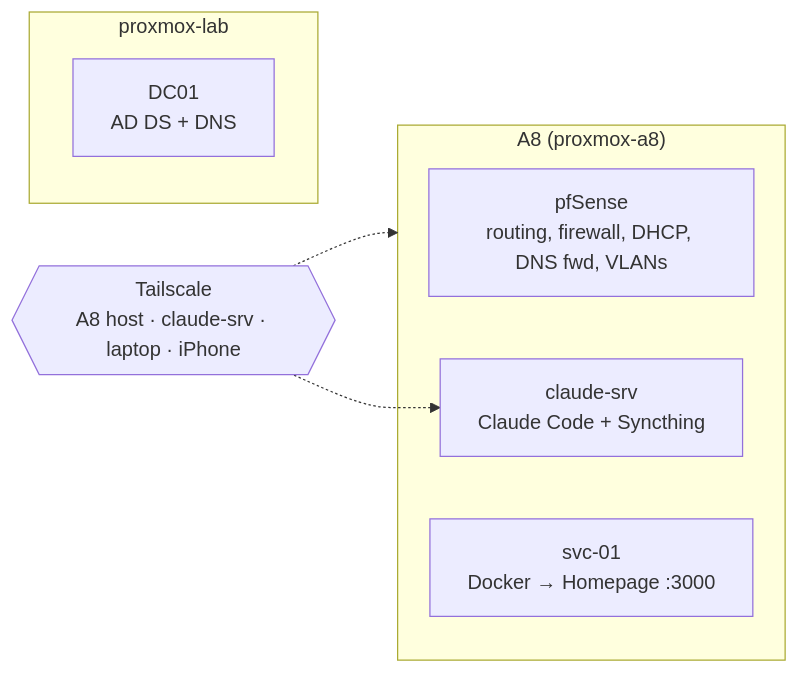
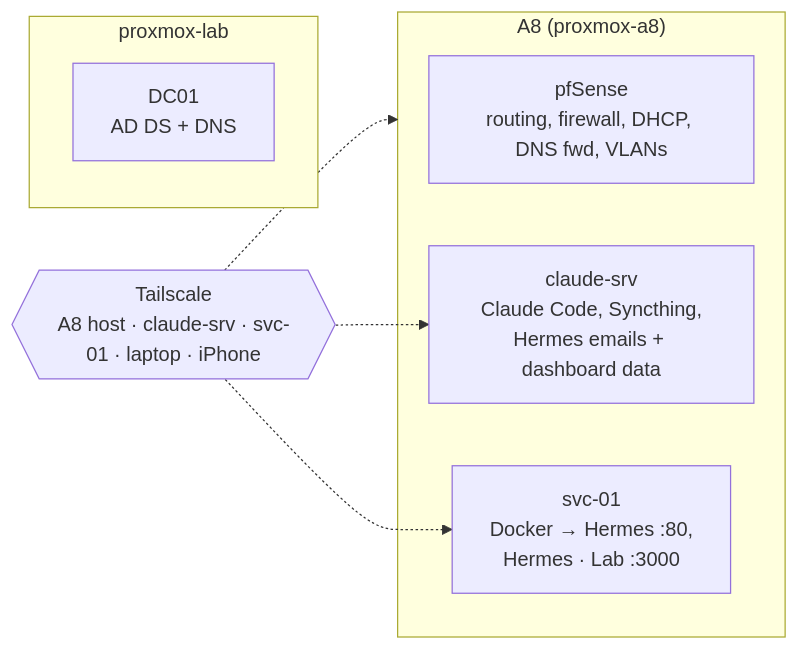
Before and after one commit to ClydeWasEjected/ClydeHomeLab: the fifth of 5 diagrams in HomeLab/1 - Infrastructure/Homelab - Inventory.md, drawn with Mermaid. The commit also changed other lines of this file and 11 other files, not shown here.

First line of the commit message:
Hermes dashboards, Remote Control service, svc-01 on Tailscale

````diff
--- a/HomeLab/1 - Infrastructure/Homelab - Inventory.md
+++ b/HomeLab/1 - Infrastructure/Homelab - Inventory.md
@@ -145,13 +145,14 @@
 ```mermaid
 flowchart LR
     subgraph A8["A8 (proxmox-a8)"]
         pf["pfSense<br/>routing, firewall, DHCP, DNS fwd, VLANs"]
-        cs["claude-srv<br/>Claude Code + Syncthing"]
-        s1["svc-01<br/>Docker → Homepage :3000"]
+        cs["claude-srv<br/>Claude Code, Syncthing,<br/>Hermes emails + dashboard data"]
+        s1["svc-01<br/>Docker → Hermes :80,<br/>Hermes · Lab :3000"]
     end
     subgraph LAB["proxmox-lab"]
         dc["DC01<br/>AD DS + DNS"]
     end
-    ts{{"Tailscale<br/>A8 host · claude-srv · laptop · iPhone"}} -.-> A8
+    ts{{"Tailscale<br/>A8 host · claude-srv · svc-01 · laptop · iPhone"}} -.-> A8
     ts -.-> cs
+    ts -.-> s1
 ```
````
